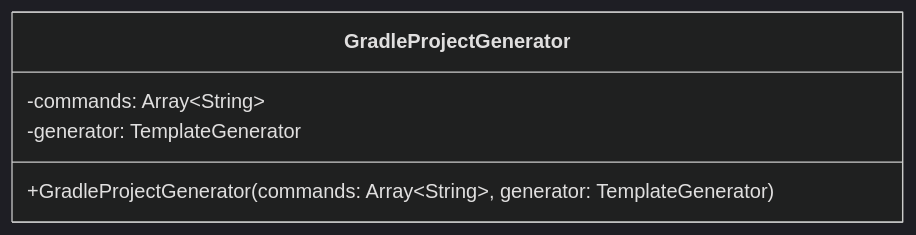
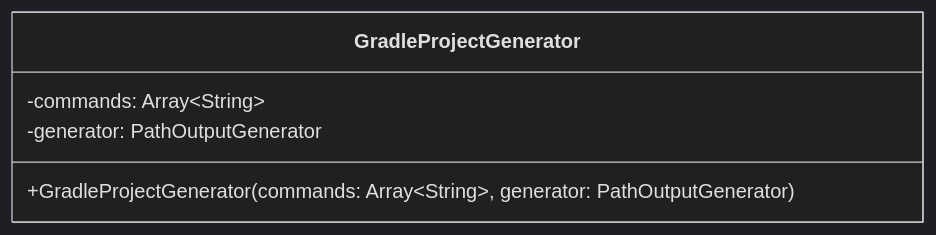
One commit to kotlitecture/kotli-engine changed the eighth of 8 diagrams in README.md. Above: the diagram before and after it, drawn with Mermaid (dark theme). The commit also changed other lines of this file and 6 other files, not shown here.

````diff
--- a/README.md
+++ b/README.md
@@ -169,8 +212,8 @@
 ```mermaid
 classDiagram
    class GradleProjectGenerator {
-      +GradleProjectGenerator(commands: Array~String~, generator: TemplateGenerator)
+      +GradleProjectGenerator(commands: Array~String~, generator: PathOutputGenerator)
       -commands: Array~String~
-      -generator: TemplateGenerator
+      -generator: PathOutputGenerator
    }
 ```
````
